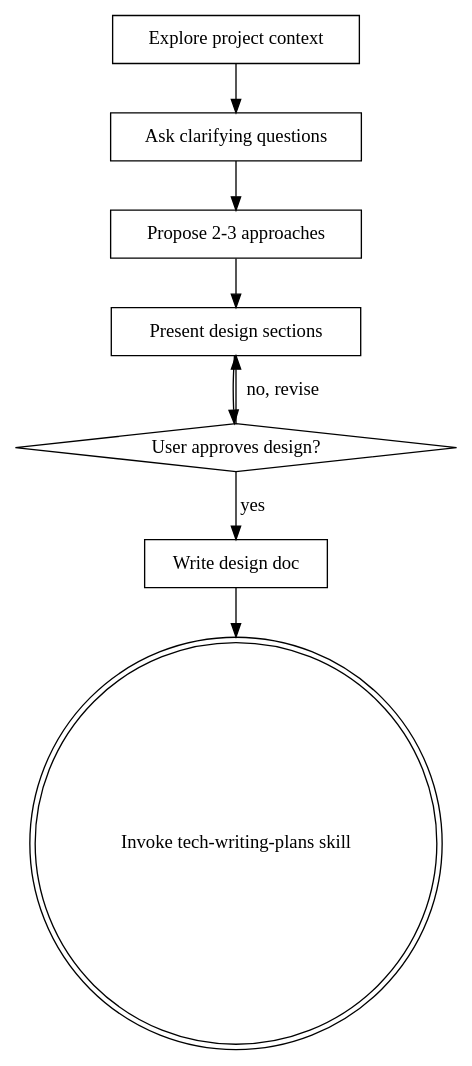
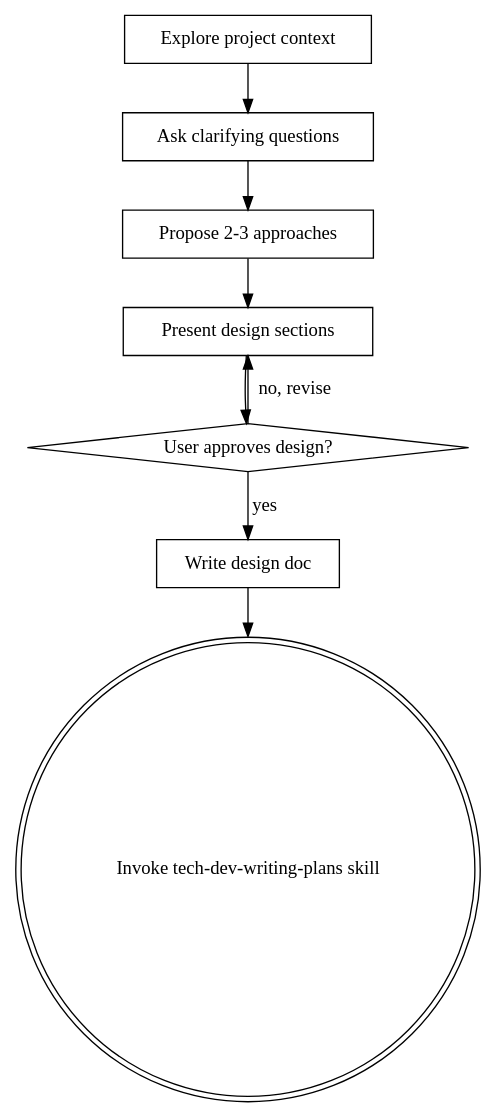
The diagram in skills/product-spec-brainstorming/SKILL.md (scanady/nexus-skills), drawn with Graphviz before and after one commit. The commit also changed other lines of this file and 70 other files, not shown here.

````diff
--- a/skills/product-spec-brainstorming/SKILL.md
+++ b/skills/product-spec-brainstorming/SKILL.md
@@ -35,19 +35,19 @@
 ```dot
 digraph brainstorming {
     "Explore project context" [shape=box];
     "Ask clarifying questions" [shape=box];
     "Propose 2-3 approaches" [shape=box];
     "Present design sections" [shape=box];
     "User approves design?" [shape=diamond];
     "Write design doc" [shape=box];
-    "Invoke tech-writing-plans skill" [shape=doublecircle];
+    "Invoke tech-dev-writing-plans skill" [shape=doublecircle];
 
     "Explore project context" -> "Ask clarifying questions";
     "Ask clarifying questions" -> "Propose 2-3 approaches";
     "Propose 2-3 approaches" -> "Present design sections";
     "Present design sections" -> "User approves design?";
     "User approves design?" -> "Present design sections" [label="no, revise"];
     "User approves design?" -> "Write design doc" [label="yes"];
-    "Write design doc" -> "Invoke tech-writing-plans skill";
+    "Write design doc" -> "Invoke tech-dev-writing-plans skill";
 }
 ```
````
